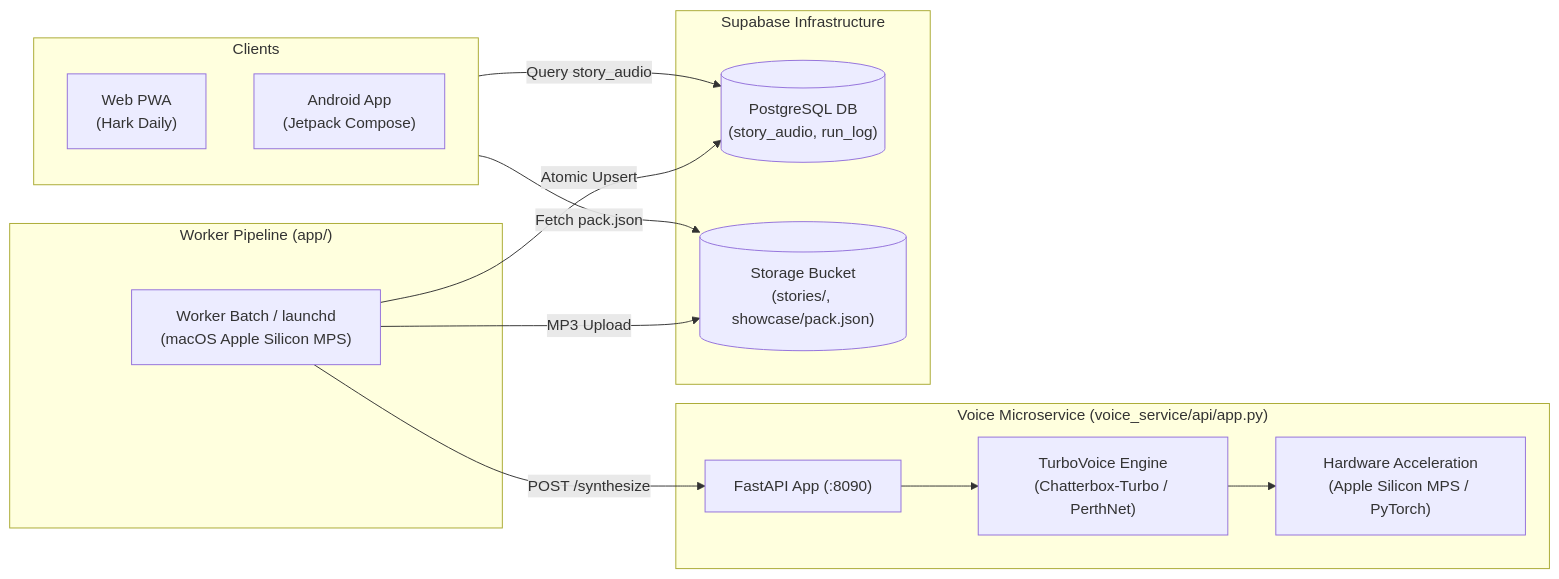
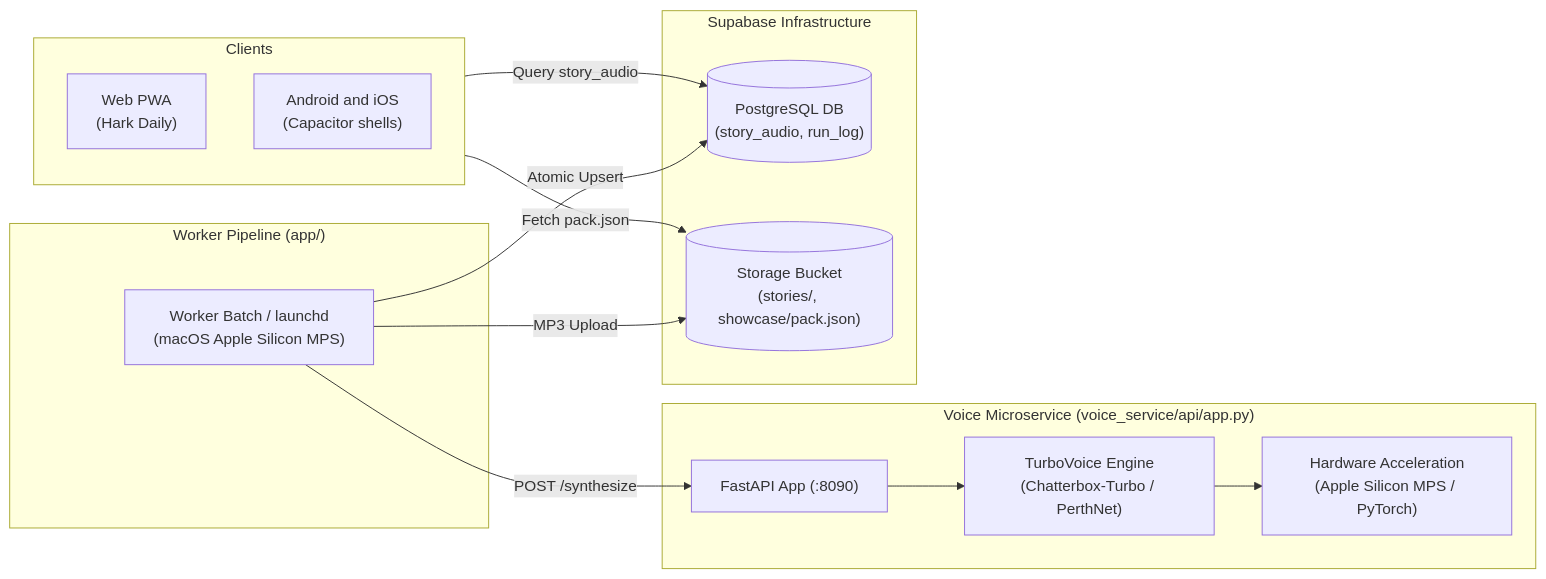
One commit to vattitude-me/Hark-Daily changed the diagram in API_DOCUMENTATION.md. Above: the diagram before and after it, drawn with Mermaid. The commit also changed other lines of this file and 36 other files, not shown here.

````diff
--- a/API_DOCUMENTATION.md
+++ b/API_DOCUMENTATION.md
@@ -9,29 +9,29 @@
 ```mermaid
 flowchart LR
     subgraph Clients["Clients"]
         PWA["Web PWA<br/>(Hark Daily)"]
-        ANDROID["Android App<br/>(Jetpack Compose)"]
+        ANDROID["Android and iOS<br/>(Capacitor shells)"]
     end
 
     subgraph Backend["Worker Pipeline (app/)"]
         WORKER["Worker Batch / launchd<br/>(macOS Apple Silicon MPS)"]
     end
 
     subgraph VoiceService["Voice Microservice (voice_service/api/app.py)"]
         API["FastAPI App (:8090)"]
         ENGINE["TurboVoice Engine<br/>(Chatterbox-Turbo / PerthNet)"]
         GPU["Hardware Acceleration<br/>(Apple Silicon MPS / PyTorch)"]
     end
 
     subgraph Storage["Supabase Infrastructure"]
         DB[("PostgreSQL DB<br/>(story_audio, run_log)")]
         BUCKET[("Storage Bucket<br/>(stories/, showcase/pack.json)")]
     end
 
     WORKER -->|"POST /synthesize"| API
     API --> ENGINE --> GPU
     WORKER -->|"Atomic Upsert"| DB
     WORKER -->|"MP3 Upload"| BUCKET
     Clients -->|"Fetch pack.json"| BUCKET
     Clients -->|"Query story_audio"| DB
 ```
````
